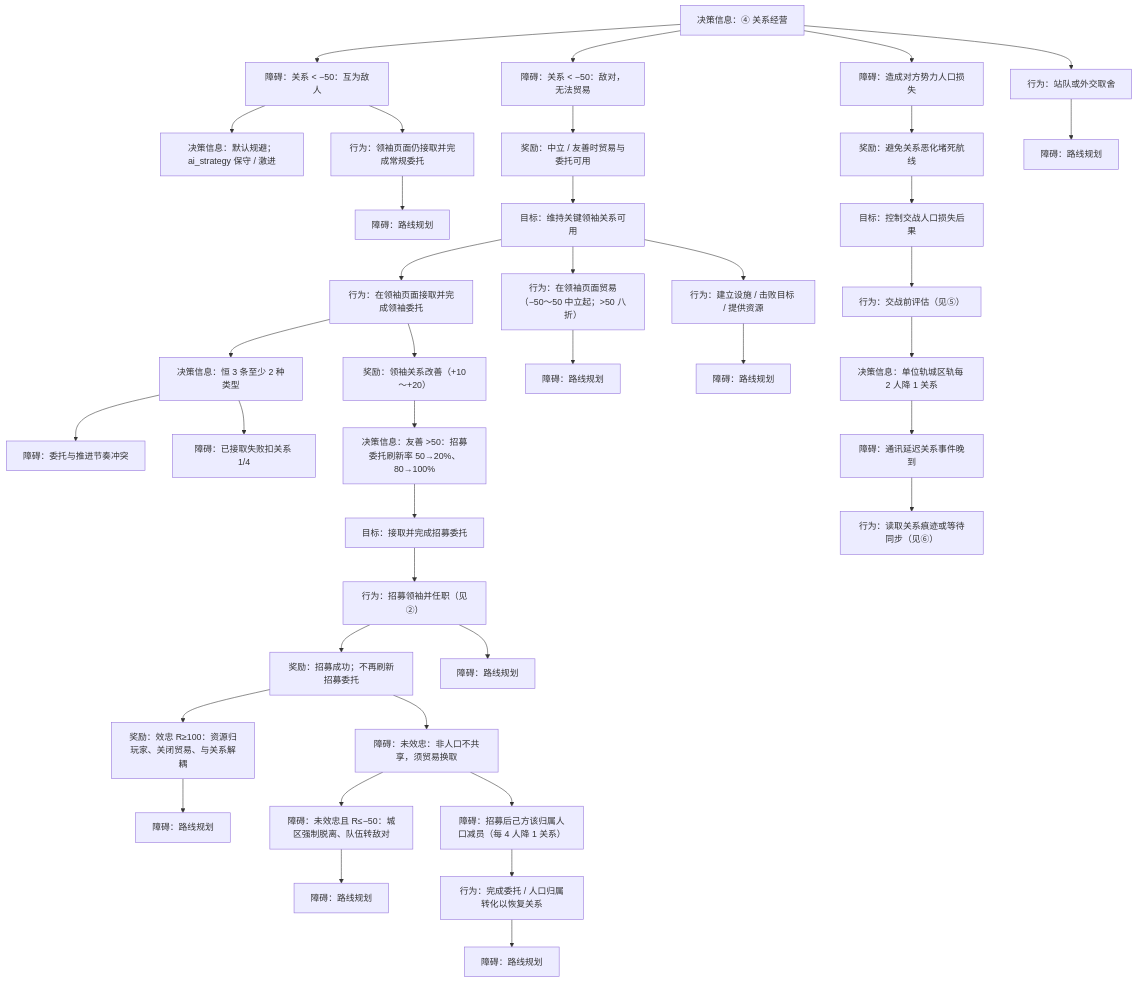
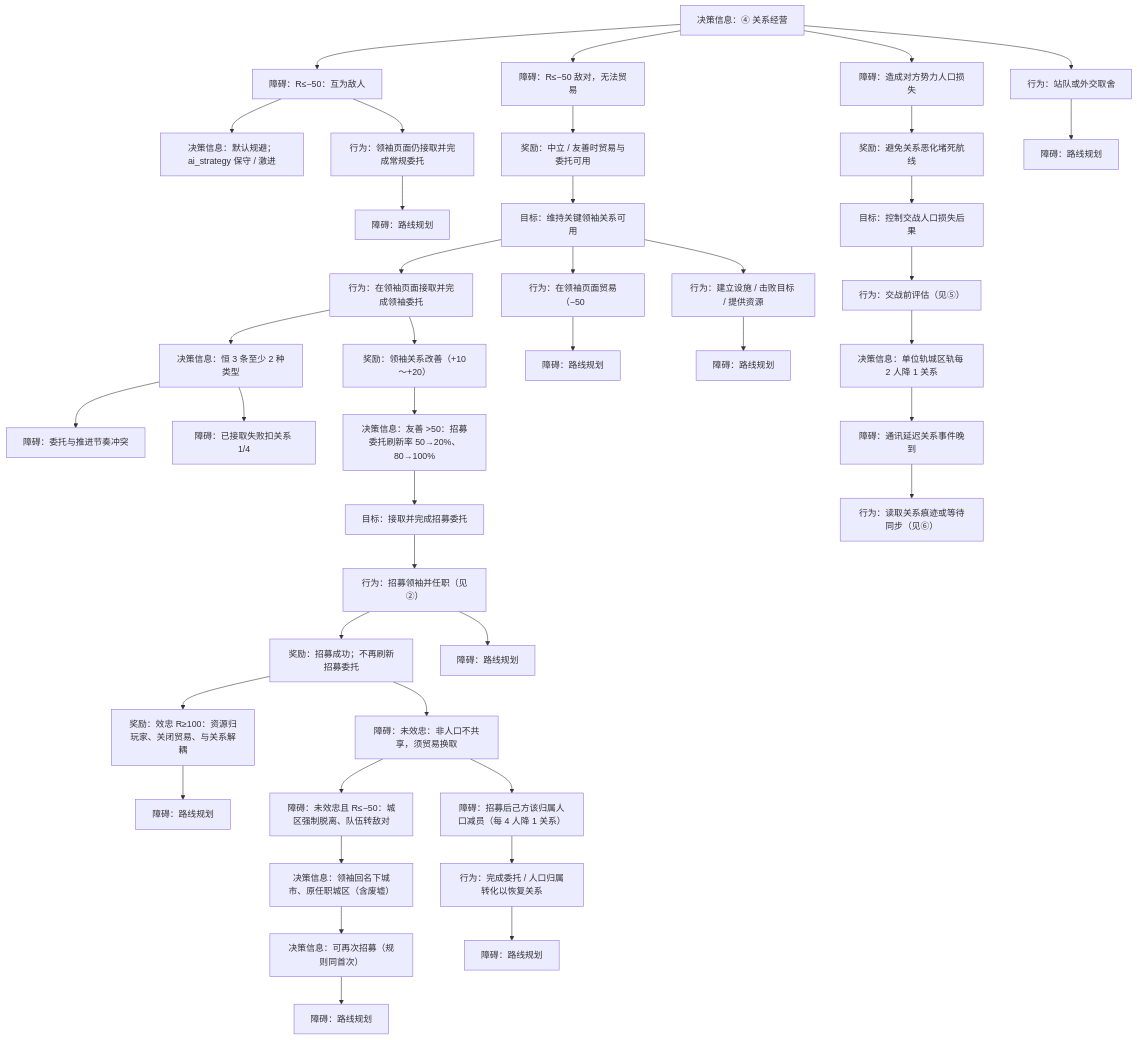
Before and after one commit to Estrella6066773/DriveToLight: the sixth of 8 diagrams in Docs/01-草稿/交互链-循光之城.md, drawn with Mermaid. The commit also changed other lines of this file and 19 other files, not shown here.

````diff
--- a/Docs/01-草稿/交互链-循光之城.md
+++ b/Docs/01-草稿/交互链-循光之城.md
@@ -554,42 +556,44 @@
 ```mermaid
 flowchart TD
   D4["决策信息：④ 关系经营"]
-  D4 --> O4a["障碍：关系 < −50：敌对，无法贸易"]
-  D4 --> O4h["障碍：关系 < −50：互为敌人"]
+  D4 --> O4a["障碍：R≤−50 敌对，无法贸易"]
+  D4 --> O4h["障碍：R≤−50：互为敌人"]
   O4h --> D4h["决策信息：默认规避；ai_strategy 保守 / 激进"]
   O4h --> A4h["行为：领袖页面仍接取并完成常规委托"]
   A4h --> O_rp4h["障碍：路线规划"]
   O4a --> R4a["奖励：中立 / 友善时贸易与委托可用"]
   R4a --> G4a["目标：维持关键领袖关系可用"]
   G4a --> A4a["行为：在领袖页面接取并完成领袖委托"]
-  G4a --> A4t["行为：在领袖页面贸易（−50～50 中立起；>50 八折）"]
+  G4a --> A4t["行为：在领袖页面贸易（−50<R<50；R≥50 八折）"]
   A4a --> D4a1["决策信息：恒 3 条至少 2 种类型"]
   D4a1 --> O4a1["障碍：委托与推进节奏冲突"]
   D4a1 --> O4a2["障碍：已接取失败扣关系 1/4"]
   A4a --> R4a2["奖励：领袖关系改善（+10～+20）"]
   A4t --> O_rp4t["障碍：路线规划"]
   R4a2 --> D4a2["决策信息：友善 >50：招募委托刷新率 50→20%、80→100%"]
   D4a2 --> G4a2["目标：接取并完成招募委托"]
   G4a2 --> A4a3["行为：招募领袖并任职（见②）"]
   A4a3 --> R4a3["奖励：招募成功；不再刷新招募委托"]
   R4a3 --> R4a3b["奖励：效忠 R≥100：资源归玩家、关闭贸易、与关系解耦"]
   R4a3b --> O_rp4a3b["障碍：路线规划"]
   R4a3 --> O4a3["障碍：未效忠：非人口不共享，须贸易换取"]
   O4a3 --> O4a3d["障碍：未效忠且 R≤−50：城区强制脱离、队伍转敌对"]
-  O4a3d --> O_rp4a3d["障碍：路线规划"]
+  O4a3d --> O4a3d2["决策信息：领袖回名下城市、原任职城区（含废墟）"]
+  O4a3d2 --> O4a3d3["决策信息：可再次招募（规则同首次）"]
+  O4a3d3 --> O_rp4a3d["障碍：路线规划"]
   O4a3 --> O4a3p["障碍：招募后己方该归属人口减员（每 4 人降 1 关系）"]
   O4a3p --> A4a5["行为：完成委托 / 人口归属转化以恢复关系"]
   A4a3 --> O_rp4a3["障碍：路线规划"]
   A4a5 --> O_rp4a5["障碍：路线规划"]
   G4a --> A4a2["行为：建立设施 / 击败目标 / 提供资源"]
   A4a2 --> O_rp4a["障碍：路线规划"]
   D4 --> O4b["障碍：造成对方势力人口损失"]
   O4b --> R4b["奖励：避免关系恶化堵死航线"]
   R4b --> G4b["目标：控制交战人口损失后果"]
   G4b --> A4b["行为：交战前评估（见⑤）"]
   A4b --> D4b["决策信息：单位轨城区轨每 2 人降 1 关系"]
   D4b --> O4b1["障碍：通讯延迟关系事件晚到"]
   O4b1 --> A4b1["行为：读取关系痕迹或等待同步（见⑥）"]
   D4 --> A4c["行为：站队或外交取舍"]
   A4c --> O_rp4c["障碍：路线规划"]
 ```
````
